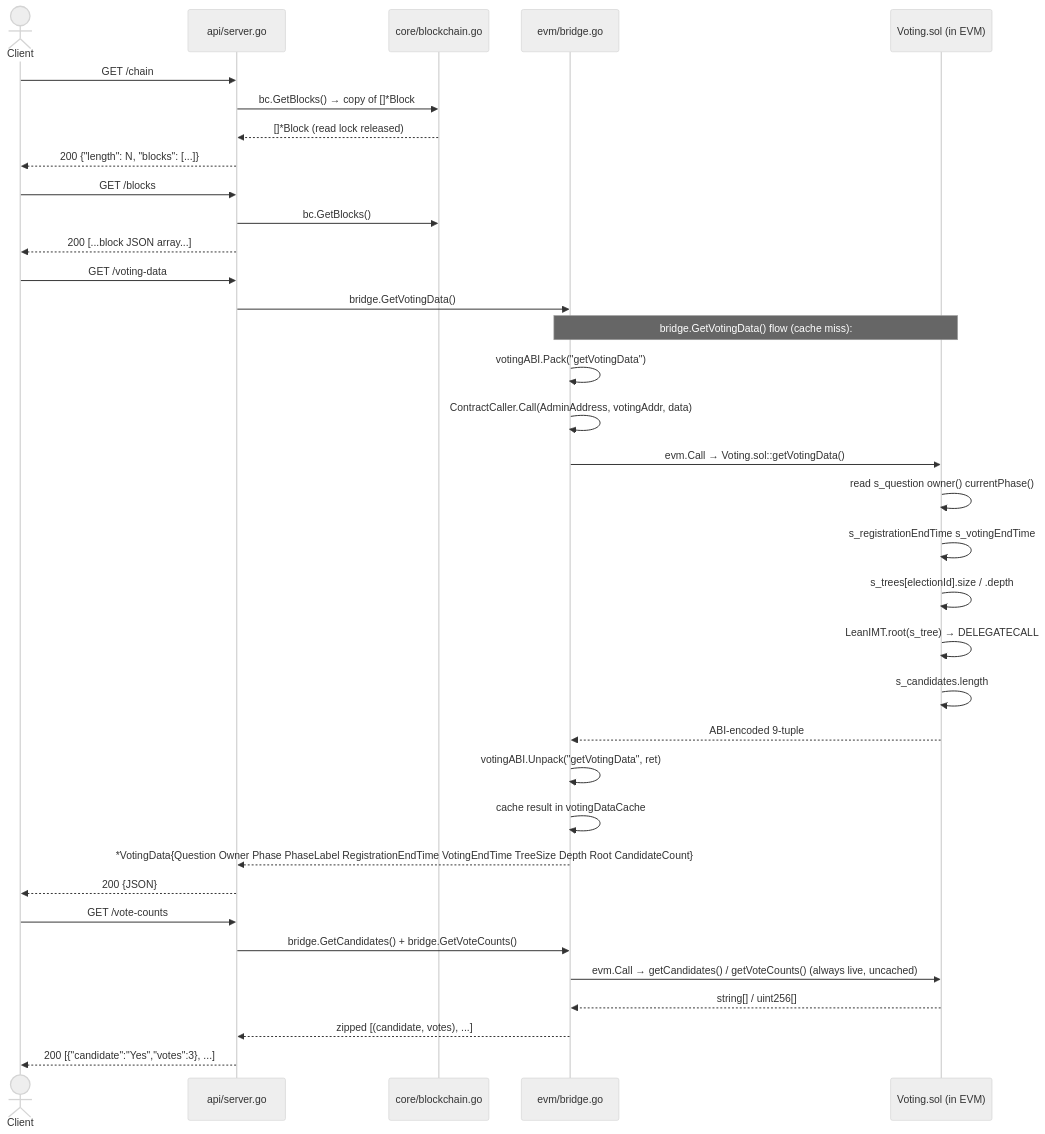
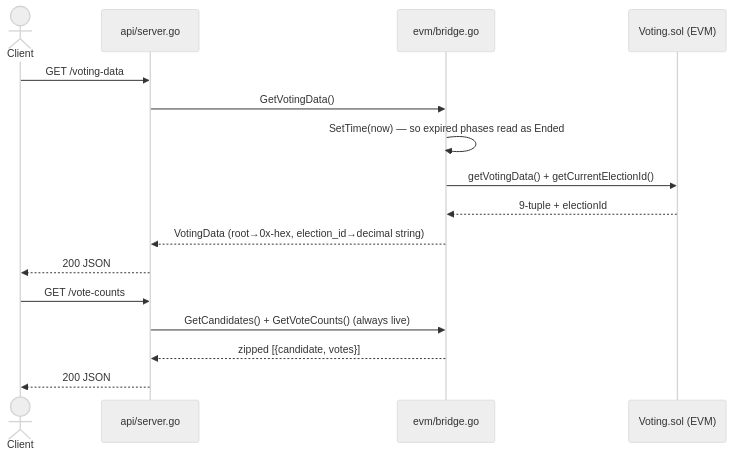
Before and after one commit to PiyumalKK/zk_voting: the eighth of 9 diagrams in packages/blockchain/BLOCKCHAIN_OVERVIEW.md, drawn with Mermaid (neutral theme). The commit also changed other lines of this file and 43 other files, not shown here.

````diff
--- a/packages/blockchain/BLOCKCHAIN_OVERVIEW.md
+++ b/packages/blockchain/BLOCKCHAIN_OVERVIEW.md
@@ -791,42 +640,20 @@
 ```mermaid
 sequenceDiagram
     actor Client
     participant API as api/server.go
-    participant Core as core/blockchain.go
     participant Bridge as evm/bridge.go
-    participant Sol as Voting.sol (in EVM)
-
-    Client->>API: GET /chain
-    API->>Core: bc.GetBlocks() → copy of []*Block
-    Core-->>API: []*Block (read lock released)
-    API-->>Client: 200 {"length": N, "blocks": [...]}
-
-    Client->>API: GET /blocks
-    API->>Core: bc.GetBlocks()
-    API-->>Client: 200 [...block JSON array...]
+    participant Sol as Voting.sol (EVM)
 
     Client->>API: GET /voting-data
-    API->>Bridge: bridge.GetVotingData()
-
-    Note over Bridge,Sol: bridge.GetVotingData() flow (cache miss):
-    Bridge->>Bridge: votingABI.Pack("getVotingData")
-    Bridge->>Bridge: ContractCaller.Call(AdminAddress, votingAddr, data)
-    Bridge->>Sol: evm.Call → Voting.sol::getVotingData()
-    Sol->>Sol: read s_question owner() currentPhase()
-    Sol->>Sol: s_registrationEndTime s_votingEndTime
-    Sol->>Sol: s_trees[electionId].size / .depth
-    Sol->>Sol: LeanIMT.root(s_tree) → DELEGATECALL
-    Sol->>Sol: s_candidates.length
-    Sol-->>Bridge: ABI-encoded 9-tuple
-    Bridge->>Bridge: votingABI.Unpack("getVotingData", ret)
-    Bridge->>Bridge: cache result in votingDataCache
-    Bridge-->>API: *VotingData{Question Owner Phase PhaseLabel RegistrationEndTime VotingEndTime TreeSize Depth Root CandidateCount}
-    API-->>Client: 200 {JSON}
+    API->>Bridge: GetVotingData()
+    Bridge->>Bridge: SetTime(now) — so expired phases read as Ended
+    Bridge->>Sol: getVotingData() + getCurrentElectionId()
+    Sol-->>Bridge: 9-tuple + electionId
+    Bridge-->>API: VotingData (root→0x-hex, election_id→decimal string)
+    API-->>Client: 200 JSON
 
     Client->>API: GET /vote-counts
-    API->>Bridge: bridge.GetCandidates() + bridge.GetVoteCounts()
-    Bridge->>Sol: evm.Call → getCandidates() / getVoteCounts() (always live, uncached)
-    Sol-->>Bridge: string[] / uint256[]
-    Bridge-->>API: zipped [(candidate, votes), ...]
-    API-->>Client: 200 [{"candidate":"Yes","votes":3}, ...]
+    API->>Bridge: GetCandidates() + GetVoteCounts() (always live)
+    Bridge-->>API: zipped [{candidate, votes}]
+    API-->>Client: 200 JSON
 ```
````
